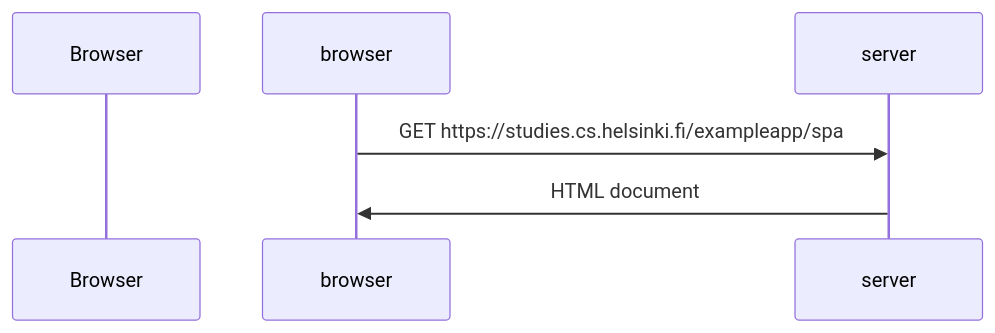
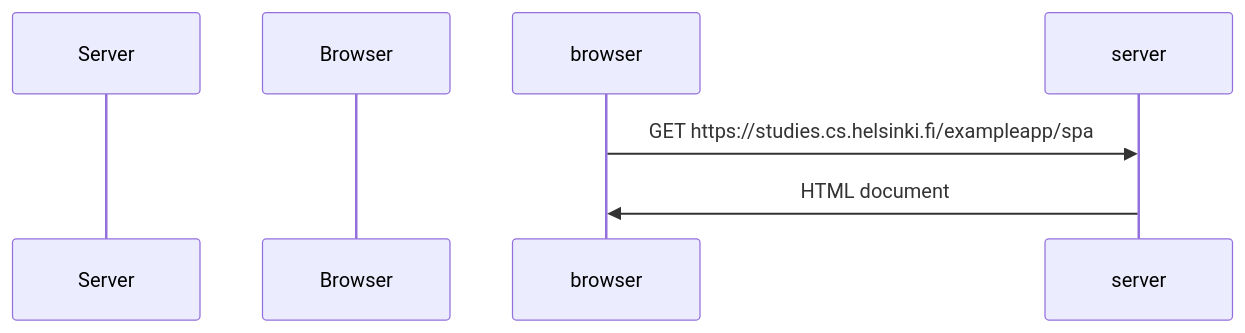
One commit to Sprachenmeister/Full_Stack_Open changed the diagram in part0/newNoteDiagram.md. Above: the diagram before and after it, drawn with Mermaid.

````diff
--- a/part0/newNoteDiagram.md
+++ b/part0/newNoteDiagram.md
@@ -3,9 +3,9 @@
 ```mermaid
 sequenceDiagram
-    participant Server@{ "type" : "bundary" }
+    participant Server
     participant Browser
 
     browser->>server: GET https://studies.cs.helsinki.fi/exampleapp/spa 
     server->>browser: HTML document
 
 ```
````
